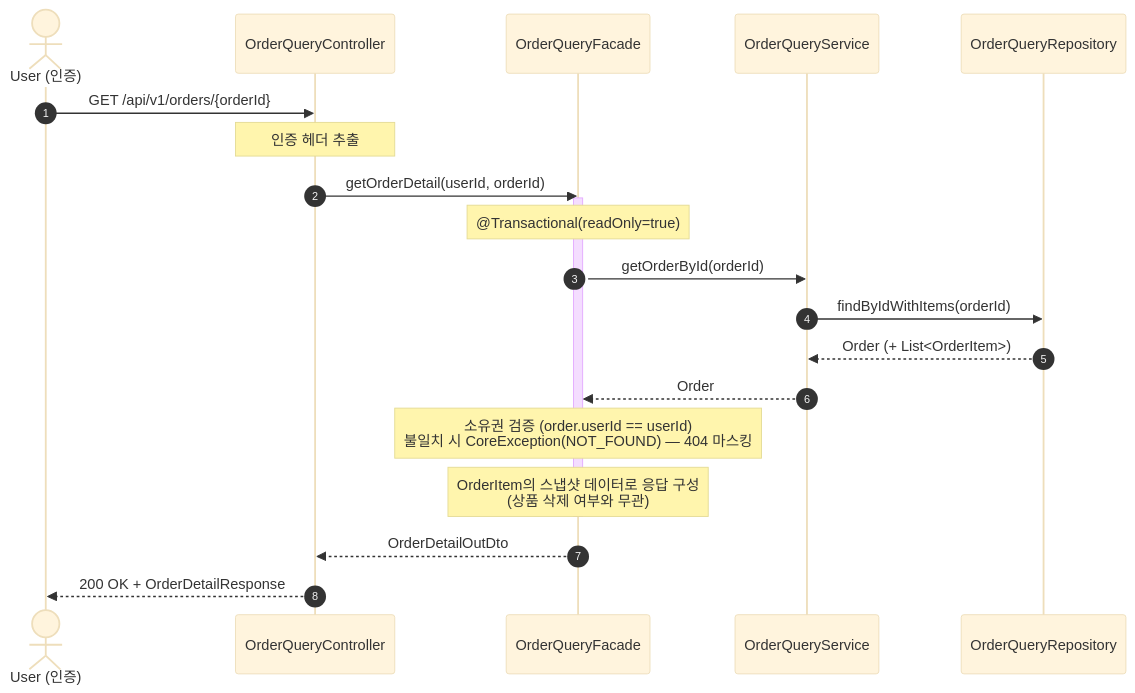
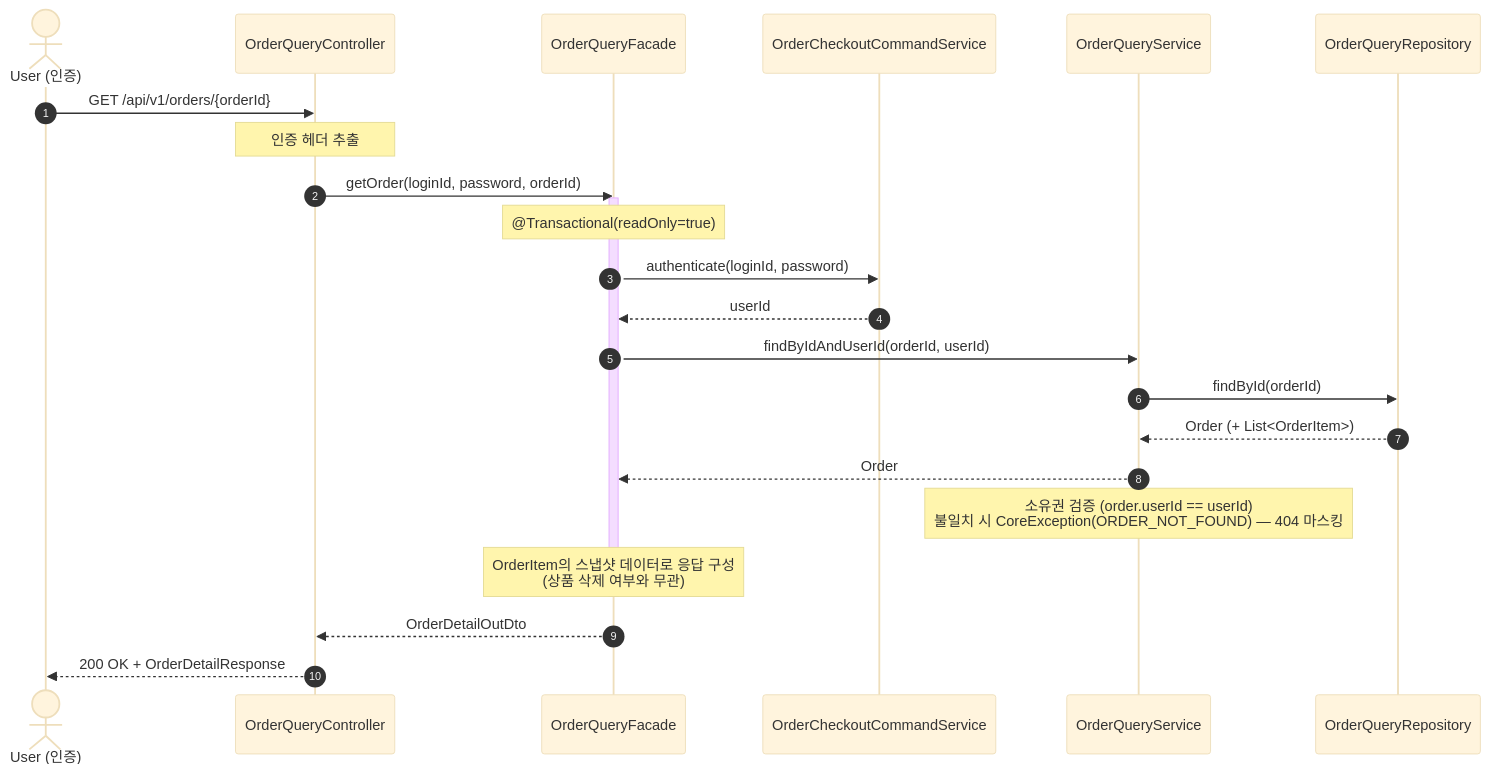
Before and after one commit to Hwan0518/loop-pack-be-l2-vol3-java: diagram 28 of 30 in docs/design/02-sequence-diagrams.md, drawn with Mermaid (base theme). The commit also changed other lines of this file and 13 other files, not shown here.

````diff
--- a/docs/design/02-sequence-diagrams.md
+++ b/docs/design/02-sequence-diagrams.md
@@ -1367,27 +1420,30 @@
 ```mermaid
 sequenceDiagram
     autonumber
     actor User as User (인증)
     participant Controller as OrderQueryController
     participant Facade as OrderQueryFacade
-    participant Service as OrderQueryService
+    participant AuthService as OrderCheckoutCommandService
+    participant QService as OrderQueryService
     participant Repository as OrderQueryRepository
 
     User->>Controller: GET /api/v1/orders/{orderId}
     Note over Controller: 인증 헤더 추출
-    Controller->>Facade: getOrderDetail(userId, orderId)
+    Controller->>Facade: getOrder(loginId, password, orderId)
     activate Facade
     Note over Facade: @Transactional(readOnly=true)
 
-    Facade->>Service: getOrderById(orderId)
-    Service->>Repository: findByIdWithItems(orderId)
-    Repository-->>Service: Order (+ List<OrderItem>)
-    Service-->>Facade: Order
+    Facade->>AuthService: authenticate(loginId, password)
+    AuthService-->>Facade: userId
+    Facade->>QService: findByIdAndUserId(orderId, userId)
+    QService->>Repository: findById(orderId)
+    Repository-->>QService: Order (+ List<OrderItem>)
+    QService-->>Facade: Order
 
-    Note over Facade: 소유권 검증 (order.userId == userId)<br/>불일치 시 CoreException(NOT_FOUND) — 404 마스킹
+    Note over QService: 소유권 검증 (order.userId == userId)<br/>불일치 시 CoreException(ORDER_NOT_FOUND) — 404 마스킹
     Note over Facade: OrderItem의 스냅샷 데이터로 응답 구성<br/>(상품 삭제 여부와 무관)
 
     deactivate Facade
     Facade-->>Controller: OrderDetailOutDto
     Controller-->>User: 200 OK + OrderDetailResponse
 ```
````
